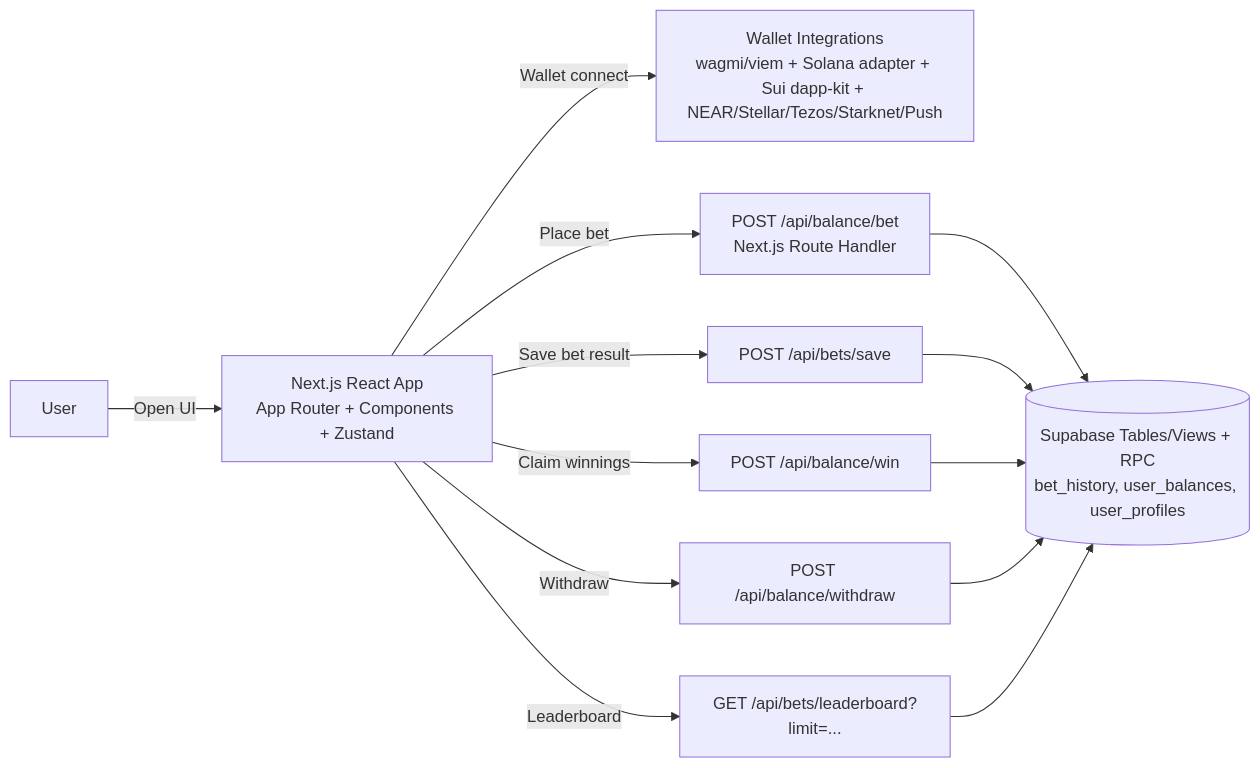
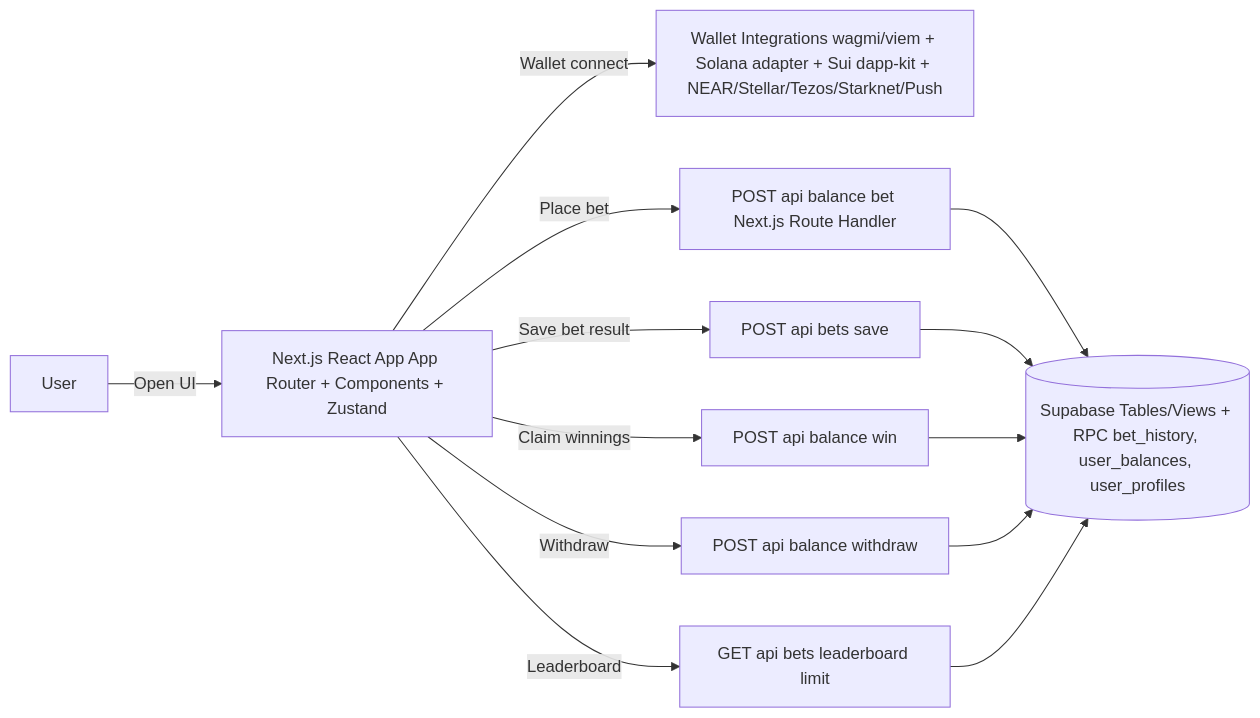
Before and after one commit to dmitro3/Bynomo: the first of 4 diagrams in README.md, drawn with Mermaid. The commit also changed other lines of this file and 16 other files, not shown here.

````diff
--- a/README.md
+++ b/README.md
@@ -212,18 +215,18 @@
 ```mermaid
 flowchart LR
-  U[User] -->|Open UI| FE[Next.js React App<br/>App Router + Components + Zustand]
-  FE -->|Wallet connect| W[Wallet Integrations<br/>wagmi/viem + Solana adapter + Sui dapp-kit + NEAR/Stellar/Tezos/Starknet/Push]
-  FE -->|Place bet| API_BET[POST /api/balance/bet<br/>Next.js Route Handler]
-  FE -->|Save bet result| API_SAVE[POST /api/bets/save]
-  FE -->|Claim winnings| API_WIN[POST /api/balance/win]
-  FE -->|Withdraw| API_WITH[POST /api/balance/withdraw]
-  FE -->|Leaderboard| API_LB[GET /api/bets/leaderboard?limit=...]
+  U[User] -->|Open UI| FE[Next.js React App App Router + Components + Zustand]
+  FE -->|Wallet connect| W[Wallet Integrations wagmi/viem + Solana adapter + Sui dapp-kit + NEAR/Stellar/Tezos/Starknet/Push]
+  FE -->|Place bet| API_BET[POST api balance bet Next.js Route Handler]
+  FE -->|Save bet result| API_SAVE[POST api bets save]
+  FE -->|Claim winnings| API_WIN[POST api balance win]
+  FE -->|Withdraw| API_WITH[POST api balance withdraw]
+  FE -->|Leaderboard| API_LB[GET api bets leaderboard limit]
 
   API_BET --> SB[Supabase]
   API_SAVE --> SB
   API_WIN --> SB
   API_WITH --> SB
   API_LB --> SB
 
-  SB[(Supabase Tables/Views + RPC<br/>bet_history, user_balances, user_profiles)]
+  SB[(Supabase Tables/Views + RPC bet_history, user_balances, user_profiles)]
 ```
````
